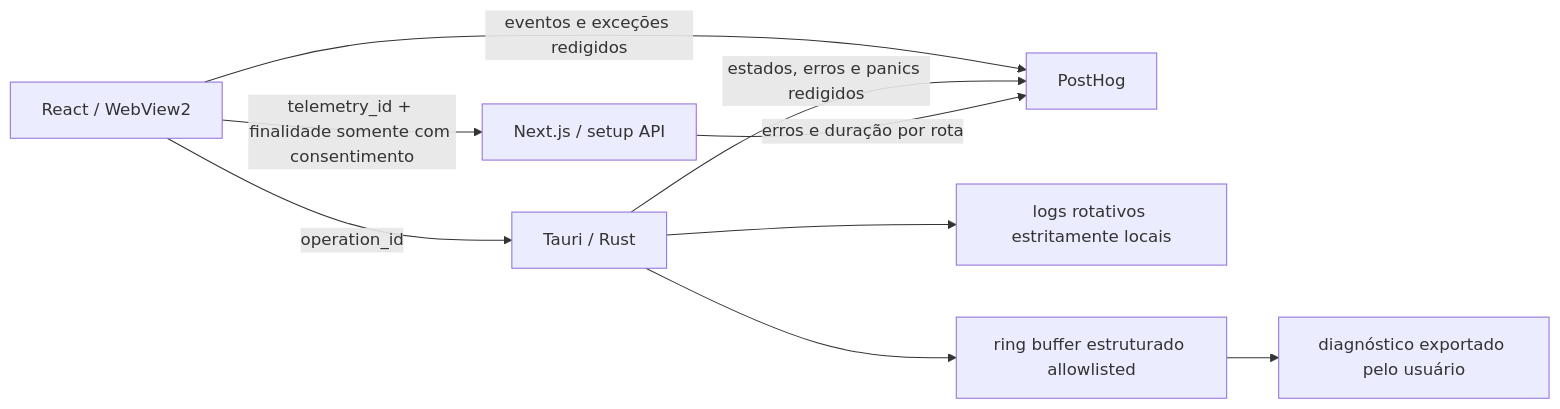
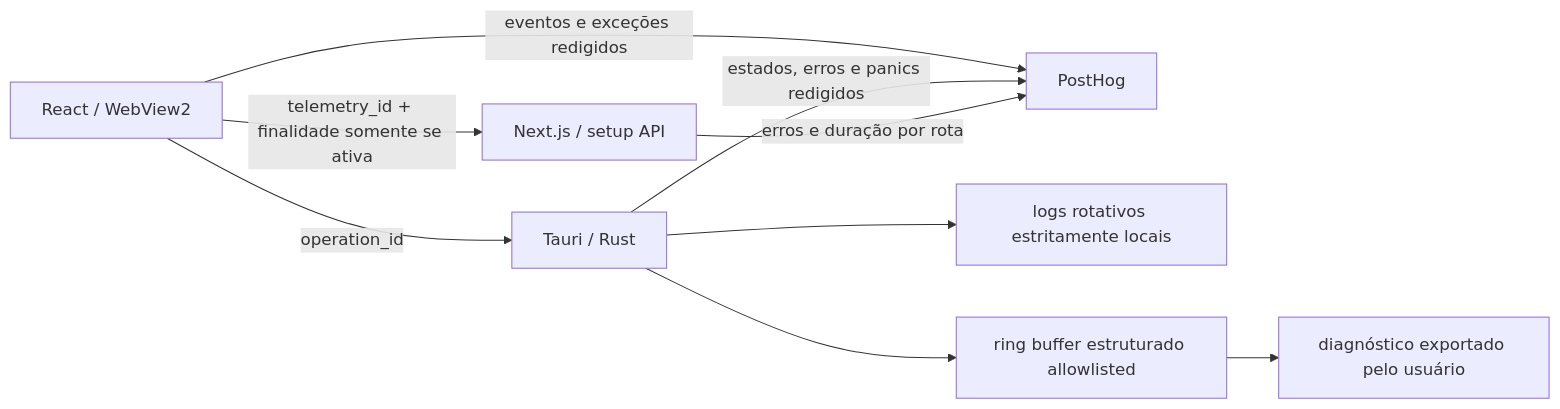
Before and after one commit to pitroldev/corneta: the diagram in docs/PLANO-TELEMETRIA-E-DIAGNOSTICO-POSTHOG.md, drawn with Mermaid. The commit also changed other lines of this file and 45 other files, not shown here.

````diff
--- a/docs/PLANO-TELEMETRIA-E-DIAGNOSTICO-POSTHOG.md
+++ b/docs/PLANO-TELEMETRIA-E-DIAGNOSTICO-POSTHOG.md
@@ -55,11 +58,11 @@
 ```mermaid
 flowchart LR
     UI[React / WebView2] -->|eventos e exceções redigidos| PH[PostHog]
     Native[Tauri / Rust] -->|estados, erros e panics redigidos| PH
     API[Next.js / setup API] -->|erros e duração por rota| PH
     UI -->|operation_id| Native
-    UI -->|telemetry_id + finalidade somente com consentimento| API
+    UI -->|telemetry_id + finalidade somente se ativa| API
     Native --> Logs[logs rotativos estritamente locais]
     Native --> Buffer[ring buffer estruturado allowlisted]
     Buffer --> Export[diagnóstico exportado pelo usuário]
 ```
````
